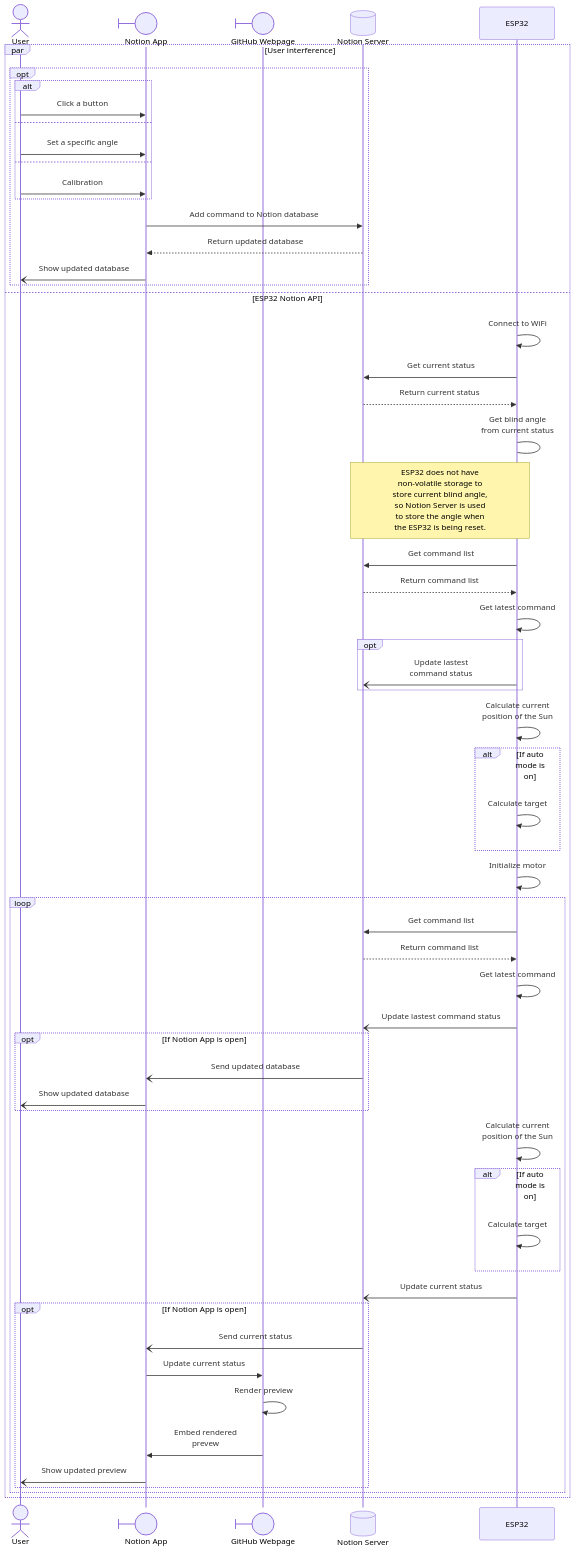
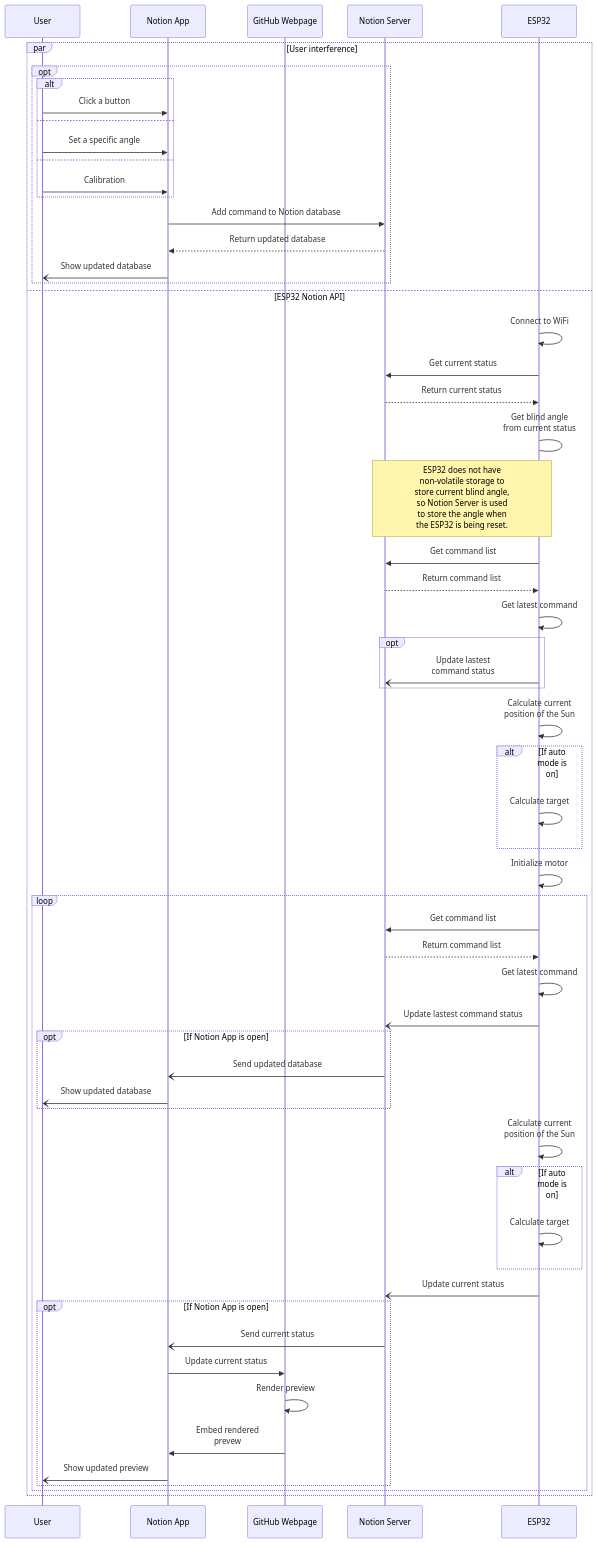
The diagram in README.md (buttonbugs/Auto-Blinds), drawn with Mermaid before and after one commit.

Commit message:
Fix: GitHub doesn't support @{ "type": "..." } Mermaid code in README.md

````diff
--- a/README.md
+++ b/README.md
@@ -56,61 +56,61 @@
 ```mermaid
 sequenceDiagram
-    actor user as User
-    participant app@{ "type" : "boundary" } as Notion App
-    participant github@{ "type" : "boundary" } as GitHub Webpage
-    participant server@{ "type" : "database" } as Notion Server
+    participant user as User
+    participant app as Notion App
+    participant github as GitHub Webpage
+    participant server as Notion Server
     participant esp32 as ESP32
     par User interference
         opt
         alt
         user->>app: Click a button
         else
         user->>app: Set a specific angle
         else
         user->>app: Calibration
         end
         app->>server: Add command to Notion database
         server-->>app: Return updated database
         app-)user: Show updated database
         end
     and ESP32 Notion API
         esp32->>esp32: Connect to WiFi
         esp32->>server: Get current status
         server-->>esp32: Return current status
         esp32->esp32: Get blind angle <br> from current status
         Note over esp32,server: ESP32 does not have <br>non-volatile storage to <br>store current blind angle, <br>so Notion Server is used <br>to store the angle when <br>the ESP32 is being reset.
         esp32->>server: Get command list
         server-->>esp32: Return command list
         esp32->>esp32: Get latest command
         opt
             esp32-)server: Update lastest <br>command status
         end
         esp32->>esp32: Calculate current <br> position of the Sun
         alt If auto mode is on
             esp32->>esp32: Calculate target
         end
         esp32->>esp32: Initialize motor
         loop
             esp32->>server: Get command list
             server-->>esp32: Return command list
             esp32->>esp32: Get latest command
             esp32-)server: Update lastest command status
             opt If Notion App is open
                 server-)app: Send updated database
                 app-)user: Show updated database
             end
             esp32->>esp32: Calculate current <br> position of the Sun
             alt If auto mode is on
                 esp32->>esp32: Calculate target
             end
             esp32-)server: Update current status
             opt If Notion App is open
                 server-)app: Send current status
                 app->>github: Update current status
                 github->>github: Render preview
                 github->>app: Embed rendered <br>prevew
                 app-)user: Show updated preview
             end
         end
     end
 ```
````
